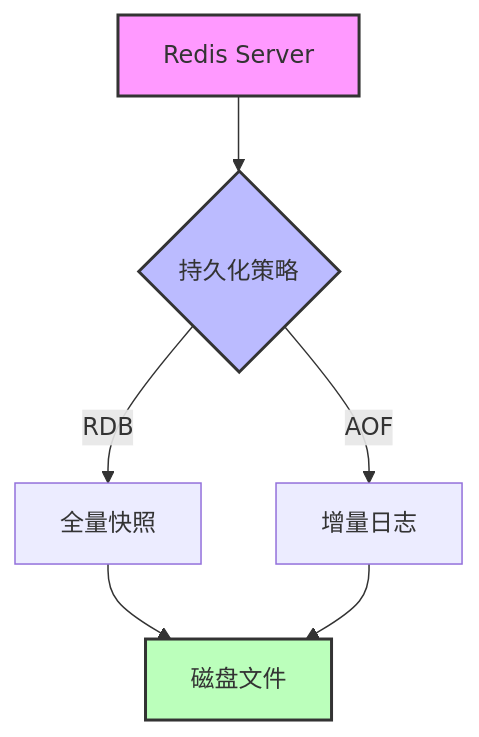
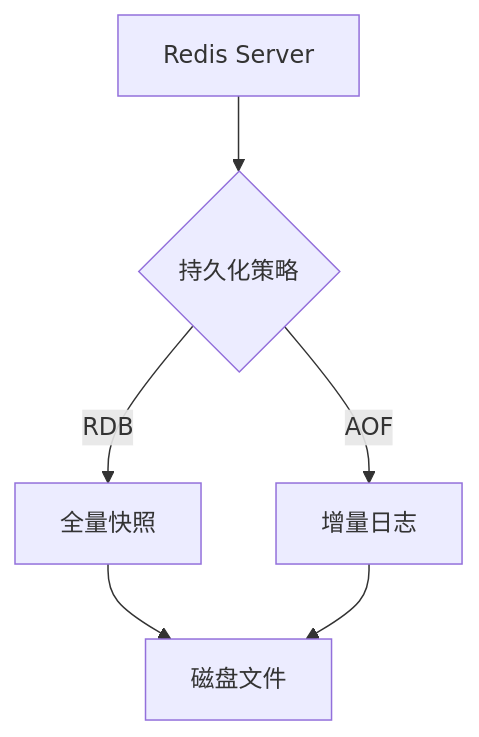
One commit to woxiaobao/woxiaobao.github.io changed the third of 3 diagrams in content/post/redis-advanced-application.md. Above: the diagram before and after it, drawn with Mermaid. The commit also changed other lines of this file and 7 other files, not shown here.

````diff
--- a/content/post/redis-advanced-application.md
+++ b/content/post/redis-advanced-application.md
@@ -169,12 +167,10 @@
 ```mermaid
 flowchart TD
     A[Redis Server] --> B{持久化策略}
     B -->|RDB| C[全量快照]
     B -->|AOF| D[增量日志]
     C --> E[磁盘文件]
     D --> E
     
-    style A fill:#f9f,stroke:#333,stroke-width:2px
-    style B fill:#bbf,stroke:#333,stroke-width:2px
-    style E fill:#bfb,stroke:#333,stroke-width:2px
+
 ```
````
